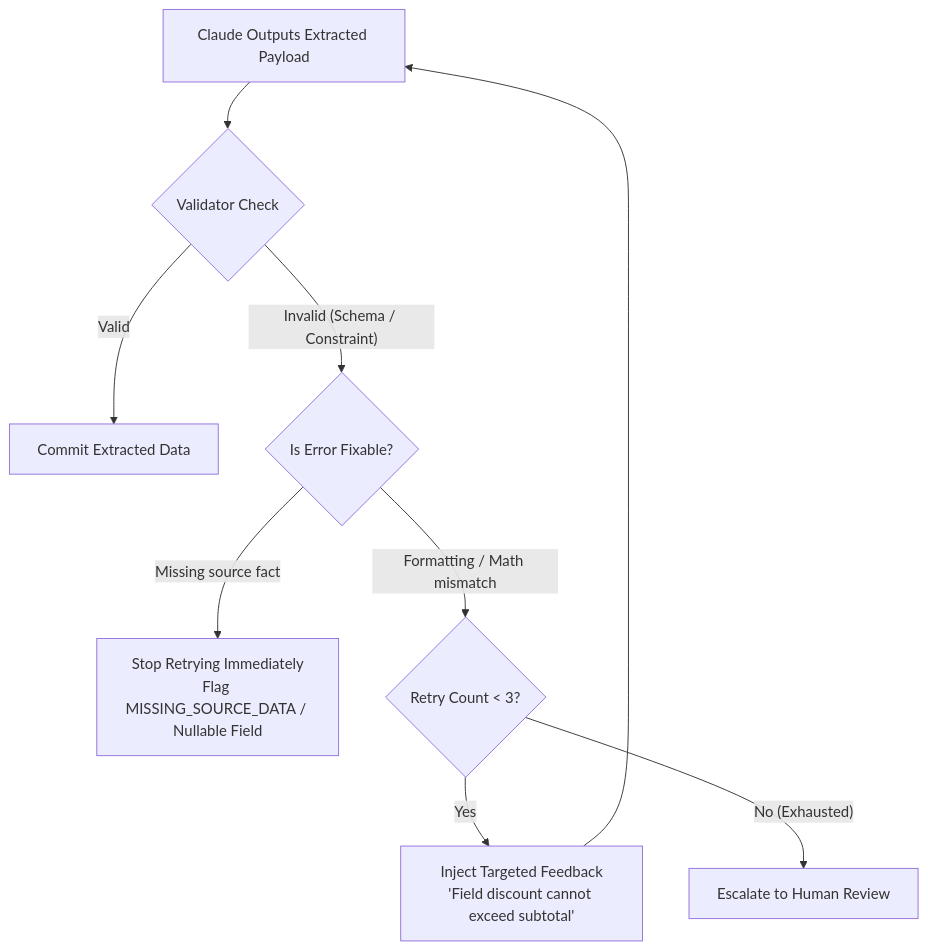
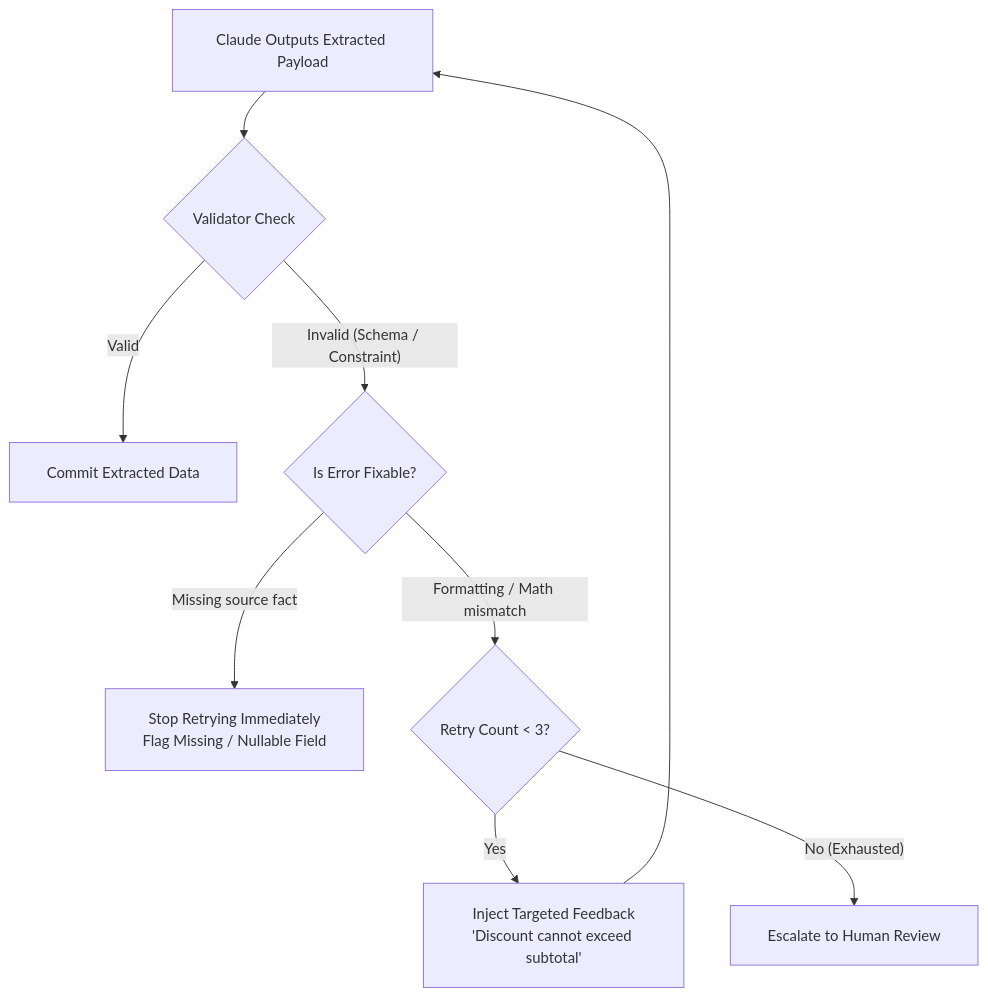
Before and after one commit to dip4k/claude_cert_architect_foundation_prep: the diagram in domain4/ts_4_4_validation_retry_feedback/README.md, drawn with Mermaid. The commit also changed 31 other files, not shown here.

First line of the commit message:
docs(diagrams): fix text trimming, padding, and layout in all mermaid diagrams

````diff
--- a/domain4/ts_4_4_validation_retry_feedback/README.md
+++ b/domain4/ts_4_4_validation_retry_feedback/README.md
@@ -10,17 +10,18 @@
 ```mermaid
+%%{init: {"flowchart": {"htmlLabels": true, "padding": 20}}}%%
 flowchart TD
     Extracted["Claude Outputs Extracted Payload"] --> Validator{"Validator Check"}
     
     Validator -- "Valid" --> Success["Commit Extracted Data"]
     
     Validator -- "Invalid (Schema / Constraint)" --> ErrorType{"Is Error Fixable?"}
     
-    ErrorType -- "Missing source fact" --> FastFail["Stop Retrying Immediately<br/>Flag MISSING_SOURCE_DATA / Nullable Field"]
+    ErrorType -- "Missing source fact" --> FastFail["Stop Retrying Immediately<br/>Flag Missing / Nullable Field"]
     
     ErrorType -- "Formatting / Math mismatch" --> RetryCount{"Retry Count < 3?"}
     
-    RetryCount -- "Yes" --> FeedBack["Inject Targeted Feedback<br/>'Field discount cannot exceed subtotal'"]
+    RetryCount -- "Yes" --> FeedBack["Inject Targeted Feedback<br/>'Discount cannot exceed subtotal'"]
     FeedBack --> Extracted
     
     RetryCount -- "No (Exhausted)" --> Fallback["Escalate to Human Review"]
 ```
````
